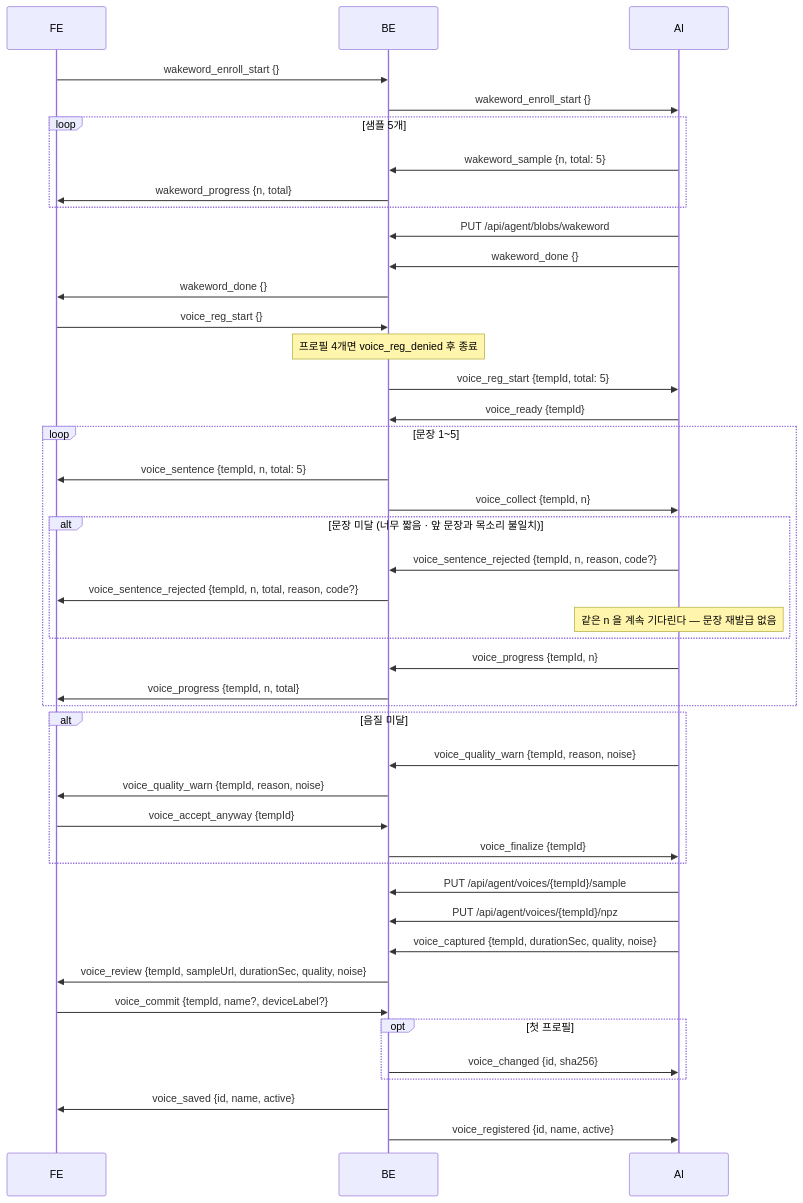
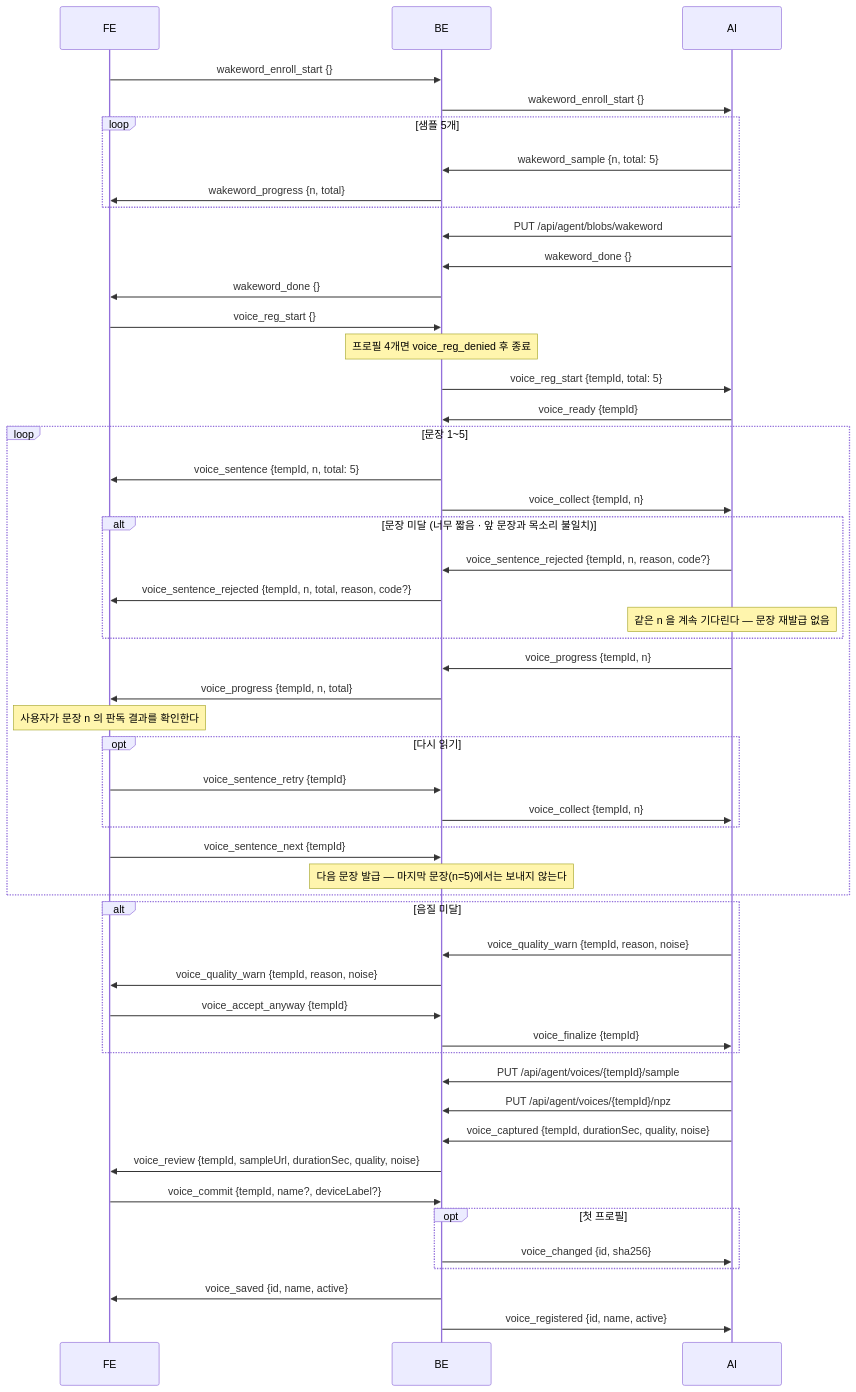
Before and after one commit to 42JH/SIA: the eighth of 11 diagrams in Backend/docs/프로토콜.md, drawn with Mermaid. The commit also changed other lines of this file and 1 other file, not shown here.

First line of the commit message:
S15P21D106-231 docs(BE): 프로토콜·API 명세서에 voice_sentence_next 반영

````diff
--- a/Backend/docs/프로토콜.md
+++ b/Backend/docs/프로토콜.md
@@ -963,46 +964,53 @@
 ```mermaid
 sequenceDiagram
     participant FE
     participant BE
     participant AI
     FE->>BE: wakeword_enroll_start {}
     BE->>AI: wakeword_enroll_start {}
     loop 샘플 5개
         AI->>BE: wakeword_sample {n, total: 5}
         BE->>FE: wakeword_progress {n, total}
     end
     AI->>BE: PUT /api/agent/blobs/wakeword
     AI->>BE: wakeword_done {}
     BE->>FE: wakeword_done {}
     FE->>BE: voice_reg_start {}
     Note over BE: 프로필 4개면 voice_reg_denied 후 종료
     BE->>AI: voice_reg_start {tempId, total: 5}
     AI->>BE: voice_ready {tempId}
     loop 문장 1~5
         BE->>FE: voice_sentence {tempId, n, total: 5}
         BE->>AI: voice_collect {tempId, n}
         alt 문장 미달 (너무 짧음 · 앞 문장과 목소리 불일치)
             AI->>BE: voice_sentence_rejected {tempId, n, reason, code?}
             BE->>FE: voice_sentence_rejected {tempId, n, total, reason, code?}
             Note over AI: 같은 n 을 계속 기다린다 — 문장 재발급 없음
         end
         AI->>BE: voice_progress {tempId, n}
         BE->>FE: voice_progress {tempId, n, total}
+        Note over FE: 사용자가 문장 n 의 판독 결과를 확인한다
+        opt 다시 읽기
+            FE->>BE: voice_sentence_retry {tempId}
+            BE->>AI: voice_collect {tempId, n}
+        end
+        FE->>BE: voice_sentence_next {tempId}
+        Note over BE: 다음 문장 발급 — 마지막 문장(n=5)에서는 보내지 않는다
     end
     alt 음질 미달
         AI->>BE: voice_quality_warn {tempId, reason, noise}
         BE->>FE: voice_quality_warn {tempId, reason, noise}
         FE->>BE: voice_accept_anyway {tempId}
         BE->>AI: voice_finalize {tempId}
     end
     AI->>BE: PUT /api/agent/voices/{tempId}/sample
     AI->>BE: PUT /api/agent/voices/{tempId}/npz
     AI->>BE: voice_captured {tempId, durationSec, quality, noise}
     BE->>FE: voice_review {tempId, sampleUrl, durationSec, quality, noise}
     FE->>BE: voice_commit {tempId, name?, deviceLabel?}
     opt 첫 프로필
         BE->>AI: voice_changed {id, sha256}
     end
     BE->>FE: voice_saved {id, name, active}
     BE->>AI: voice_registered {id, name, active}
 ```
````
